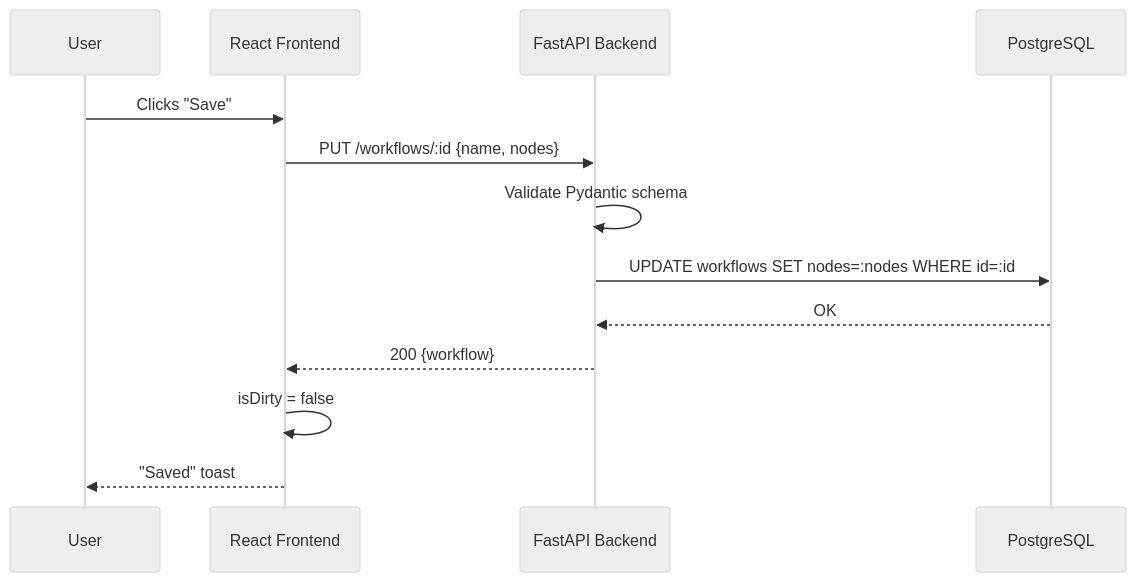
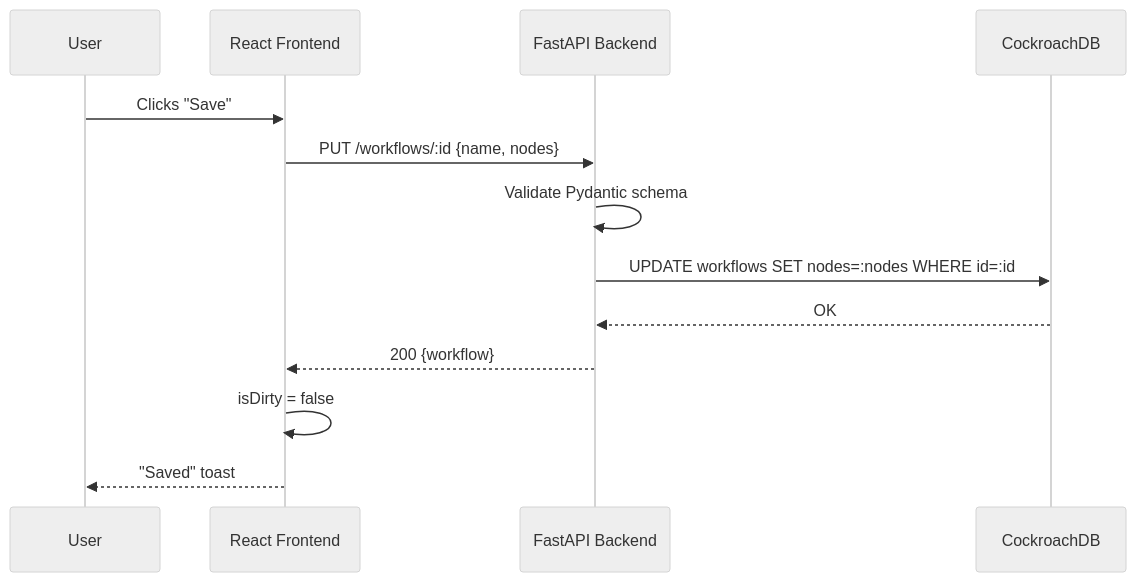
One commit to cherrythia/sliver changed the second of 3 diagrams in README.md. Above: the diagram before and after it, drawn with Mermaid (neutral theme). The commit also changed other lines of this file and 2 other files, not shown here.

Commit message:
docs: update for CockroachDB migration and Adminer on port 8081

````diff
--- a/README.md
+++ b/README.md
@@ -89,16 +89,16 @@
 ```mermaid
 sequenceDiagram
   participant U as User
   participant FE as React Frontend
   participant BE as FastAPI Backend
-  participant DB as PostgreSQL
+  participant DB as CockroachDB
 
   U->>FE: Clicks "Save"
   FE->>BE: PUT /workflows/:id {name, nodes}
   BE->>BE: Validate Pydantic schema
   BE->>DB: UPDATE workflows SET nodes=:nodes WHERE id=:id
   DB-->>BE: OK
   BE-->>FE: 200 {workflow}
   FE->>FE: isDirty = false
   FE-->>U: "Saved" toast
 ```
````
